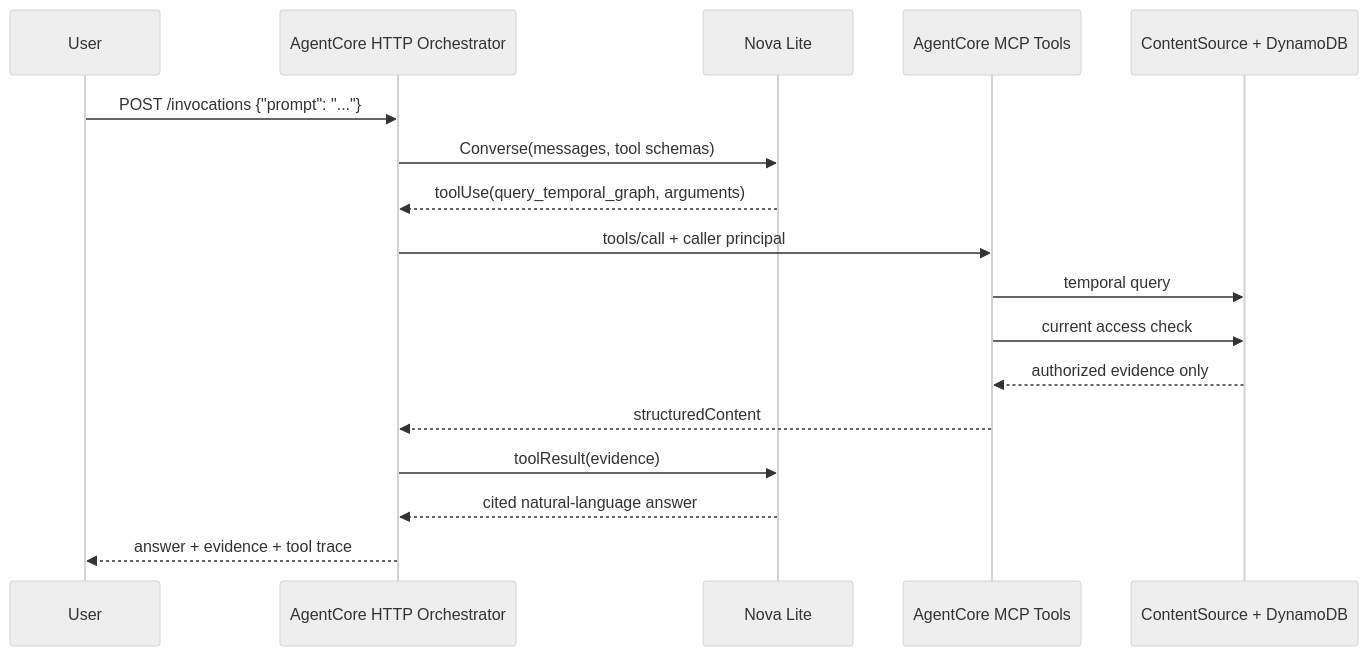
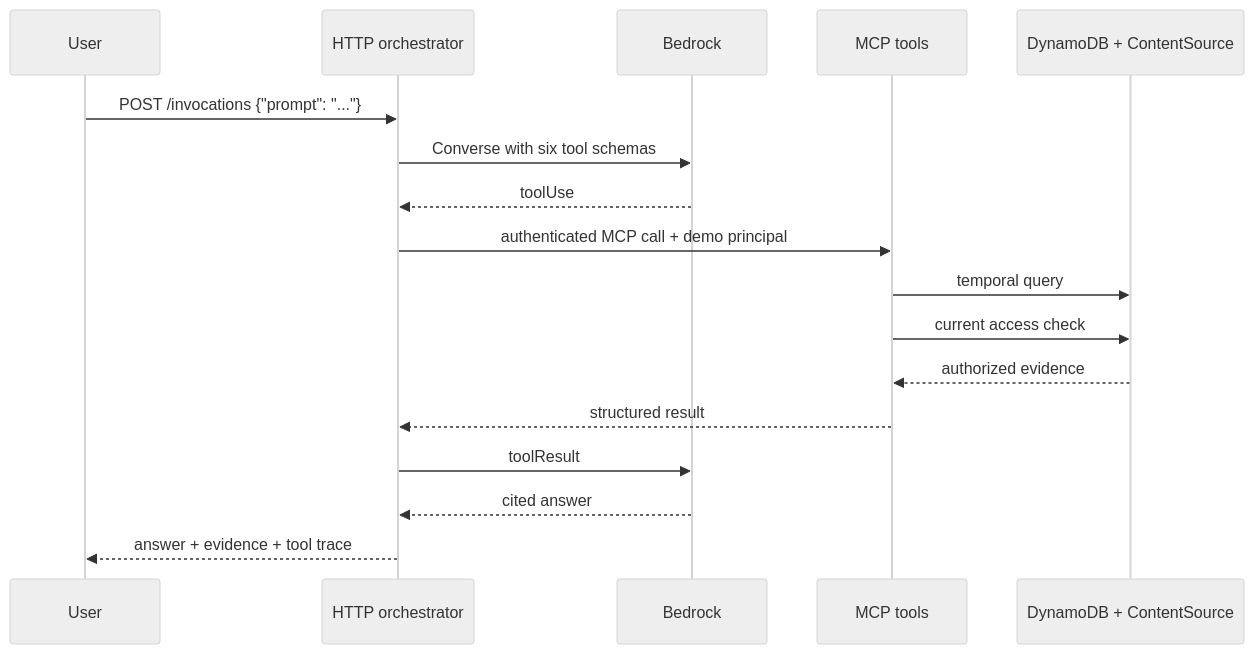
The second of 2 diagrams in DESIGN.md (sumanthx/temporalagent), drawn with Mermaid (neutral theme) before and after one commit. The commit also changed other lines of this file and 34 other files, not shown here.

Commit message:
Use CodeZip runtimes and simplify AWS architecture

````diff
--- a/DESIGN.md
+++ b/DESIGN.md
@@ -99,20 +102,20 @@
 ```mermaid
 sequenceDiagram
     participant User
-    participant Orchestrator as AgentCore HTTP Orchestrator
-    participant Bedrock as Nova Lite
-    participant MCP as AgentCore MCP Tools
-    participant Store as ContentSource + DynamoDB
+    participant O as HTTP orchestrator
+    participant B as Bedrock
+    participant M as MCP tools
+    participant S as DynamoDB + ContentSource
 
-    User->>Orchestrator: POST /invocations {"prompt": "..."}
-    Orchestrator->>Bedrock: Converse(messages, tool schemas)
-    Bedrock-->>Orchestrator: toolUse(query_temporal_graph, arguments)
-    Orchestrator->>MCP: tools/call + caller principal
-    MCP->>Store: temporal query
-    MCP->>Store: current access check
-    Store-->>MCP: authorized evidence only
-    MCP-->>Orchestrator: structuredContent
-    Orchestrator->>Bedrock: toolResult(evidence)
-    Bedrock-->>Orchestrator: cited natural-language answer
-    Orchestrator-->>User: answer + evidence + tool trace
+    User->>O: POST /invocations {"prompt": "..."}
+    O->>B: Converse with six tool schemas
+    B-->>O: toolUse
+    O->>M: authenticated MCP call + demo principal
+    M->>S: temporal query
+    M->>S: current access check
+    S-->>M: authorized evidence
+    M-->>O: structured result
+    O->>B: toolResult
+    B-->>O: cited answer
+    O-->>User: answer + evidence + tool trace
 ```
````
